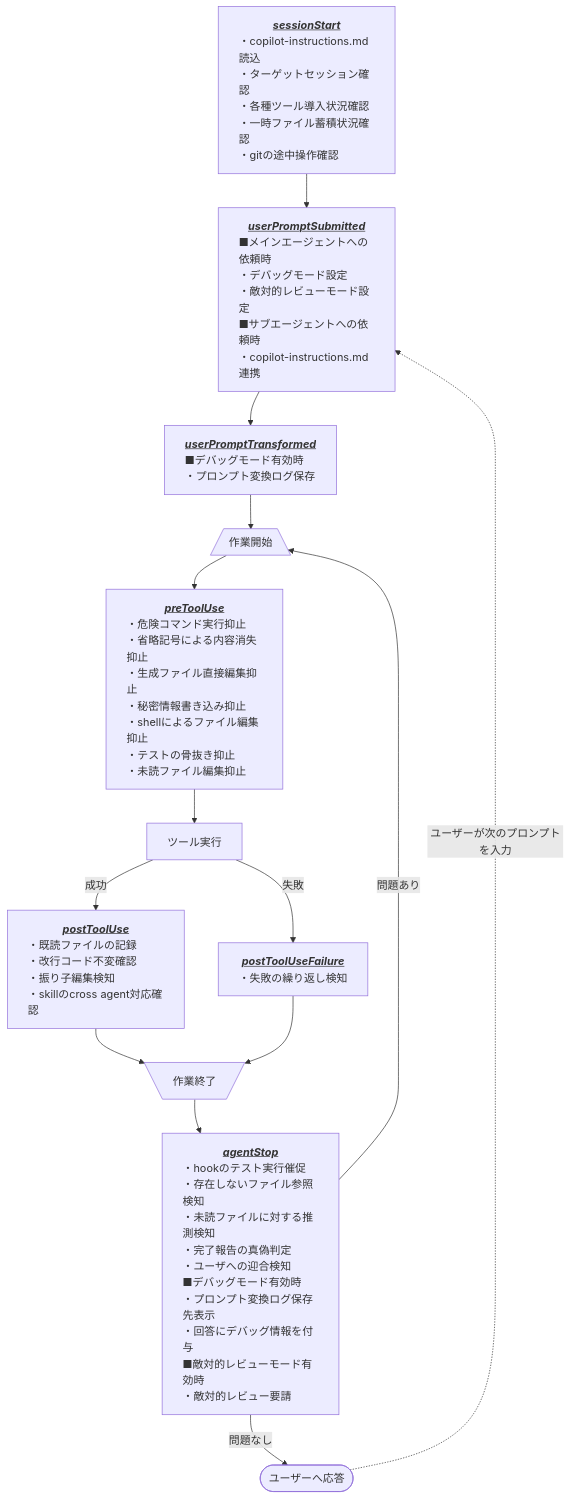
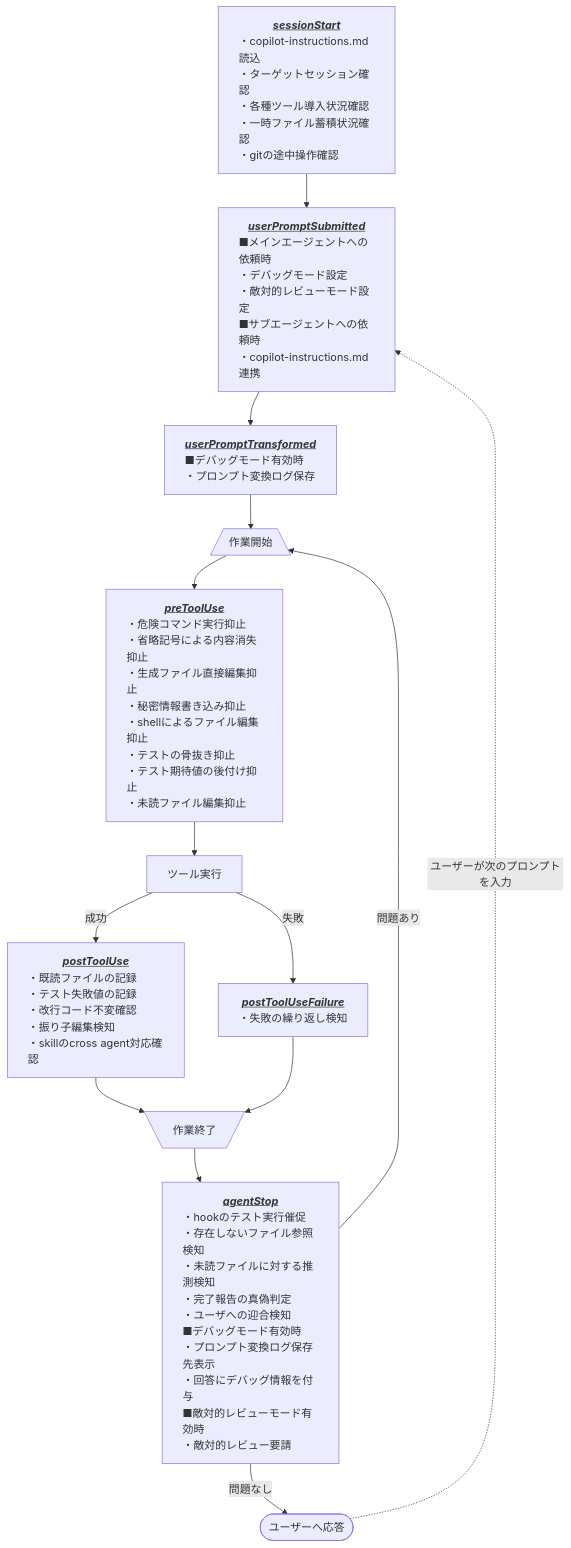
One commit to Widthdom/GHCAgentRefinement changed the diagram in .github/README.md. Above: the diagram before and after it, drawn with Mermaid. The commit also changed other lines of this file and 10 other files, not shown here.

````diff
--- a/.github/README.md
+++ b/.github/README.md
@@ -20,33 +20,33 @@
 ```mermaid
 flowchart TD
 
     sessionStart["<b><i><u>sessionStart</u></i></b><br/><div style='text-align: left'>・copilot-instructions.md読込<br/>・ターゲットセッション確認<br/>・各種ツール導入状況確認<br/>・一時ファイル蓄積状況確認<br/>・gitの途中操作確認</div>"]
 
     userPromptSubmitted["<b><i><u>userPromptSubmitted</u></i></b><br/><div style='text-align: left'>■メインエージェントへの依頼時<br/>・デバッグモード設定<br/>・敵対的レビューモード設定<br/>■サブエージェントへの依頼時<br/>・copilot-instructions.md連携</div>"]
 
     userPromptTransformed["<b><i><u>userPromptTransformed</u></i></b><br/><div style='text-align: left'>■デバッグモード有効時<br/>・プロンプト変換ログ保存</div>"]
 
     LoopStart[/作業開始\]
 
-    preToolUse["<b><i><u>preToolUse</u></i></b><br/><div style='text-align: left'>・危険コマンド実行抑止<br/>・省略記号による内容消失抑止<br/>・生成ファイル直接編集抑止<br/>・秘密情報書き込み抑止<br/>・shellによるファイル編集抑止<br/>・テストの骨抜き抑止<br/>・未読ファイル編集抑止</div>"]
+    preToolUse["<b><i><u>preToolUse</u></i></b><br/><div style='text-align: left'>・危険コマンド実行抑止<br/>・省略記号による内容消失抑止<br/>・生成ファイル直接編集抑止<br/>・秘密情報書き込み抑止<br/>・shellによるファイル編集抑止<br/>・テストの骨抜き抑止<br/>・テスト期待値の後付け抑止<br/>・未読ファイル編集抑止</div>"]
 
     runTool["ツール実行"]
 
-    postToolUse["<b><i><u>postToolUse</u></i></b><br/><div style='text-align: left'>・既読ファイルの記録<br/>・改行コード不変確認<br/>・振り子編集検知<br/>・skillのcross agent対応確認</div>"]
+    postToolUse["<b><i><u>postToolUse</u></i></b><br/><div style='text-align: left'>・既読ファイルの記録<br/>・テスト失敗値の記録<br/>・改行コード不変確認<br/>・振り子編集検知<br/>・skillのcross agent対応確認</div>"]
 
     postToolUseFailure["<b><i><u>postToolUseFailure</u></i></b><br/><div style='text-align: left'>・失敗の繰り返し検知</div>"]
 
     LoopEnd[\作業終了/]
 
     agentStop["<b><i><u>agentStop</u></i></b><br/><div style='text-align: left'>・hookのテスト実行催促<br/>・存在しないファイル参照検知<br/>・未読ファイルに対する推測検知<br/>・完了報告の真偽判定<br/>・ユーザへの迎合検知<br/>■デバッグモード有効時<br/>・プロンプト変換ログ保存先表示<br/>・回答にデバッグ情報を付与<br/>■敵対的レビューモード有効時<br/>・敵対的レビュー要請<br/></div>"]
 
     responseToUser(["ユーザーへ応答"])
 
     sessionStart --> userPromptSubmitted --> userPromptTransformed --> LoopStart --> preToolUse --> runTool
     runTool -- "成功" --> postToolUse --> LoopEnd
     runTool -- "失敗" --> postToolUseFailure --> LoopEnd
     LoopEnd --> agentStop
     agentStop -- "問題あり" --> LoopStart
     agentStop -- "問題なし" --> responseToUser
     responseToUser -. "ユーザーが次のプロンプトを入力" .-> userPromptSubmitted
 ```
````
